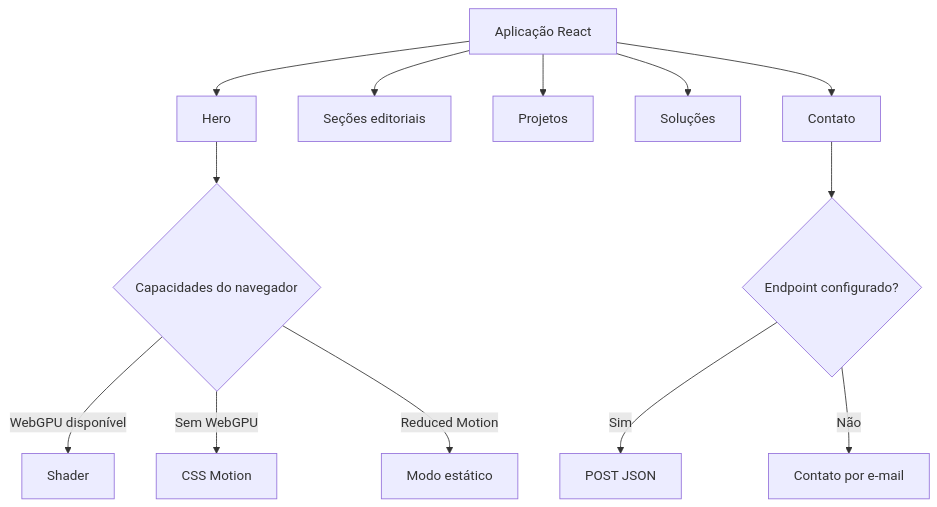
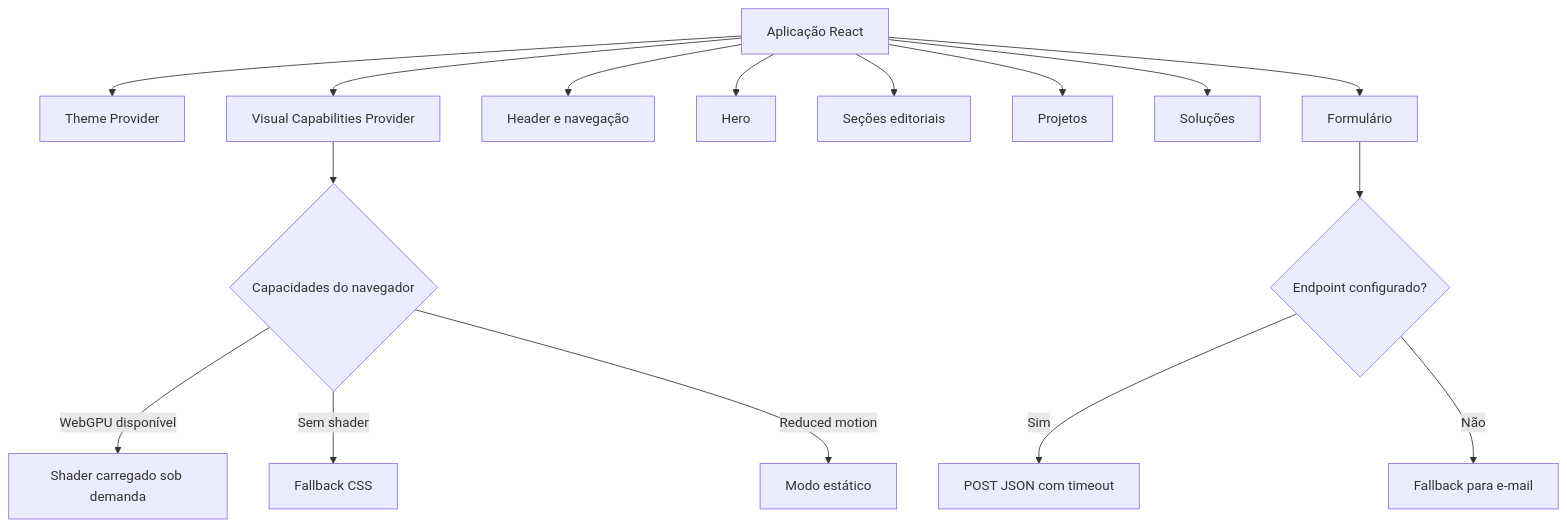
The diagram in README.md (g4brielbr4sil/barthy-web-studio-v2), drawn with Mermaid before and after one commit. The commit also changed other lines of this file, not shown here.

````diff
--- a/README.md
+++ b/README.md
@@ -83,17 +154,21 @@
 ```mermaid
 flowchart TD
-    A[Aplicação React] --> B[Hero]
-    A --> C[Seções editoriais]
-    A --> D[Projetos]
-    A --> E[Soluções]
-    A --> F[Contato]
+    APP[Aplicação React] --> THEME[Theme Provider]
+    APP --> VISUAL[Visual Capabilities Provider]
 
-    B --> G{Capacidades do navegador}
-    G -->|WebGPU disponível| H[Shader]
-    G -->|Sem WebGPU| I[CSS Motion]
-    G -->|Reduced Motion| J[Modo estático]
+    APP --> HEADER[Header e navegação]
+    APP --> HERO[Hero]
+    APP --> CONTENT[Seções editoriais]
+    APP --> PROJECTS[Projetos]
+    APP --> SOLUTIONS[Soluções]
+    APP --> CONTACT[Formulário]
 
-    F --> K{Endpoint configurado?}
-    K -->|Sim| L[POST JSON]
-    K -->|Não| M[Contato por e-mail]
+    VISUAL --> CHECK{Capacidades do navegador}
+    CHECK -->|WebGPU disponível| SHADER[Shader carregado sob demanda]
+    CHECK -->|Sem shader| CSS[Fallback CSS]
+    CHECK -->|Reduced motion| STATIC[Modo estático]
+
+    CONTACT --> ENDPOINT{Endpoint configurado?}
+    ENDPOINT -->|Sim| POST[POST JSON com timeout]
+    ENDPOINT -->|Não| EMAIL[Fallback para e-mail]
 ```
````
